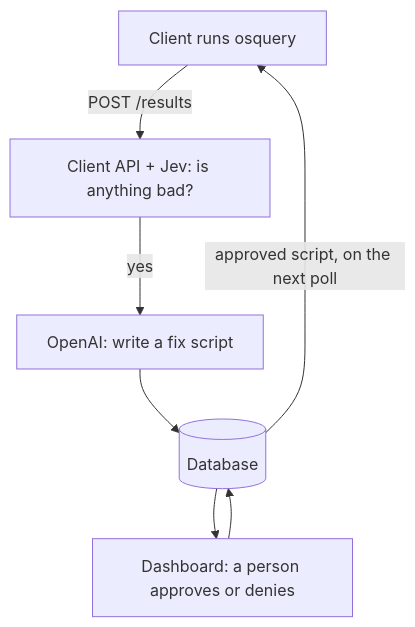
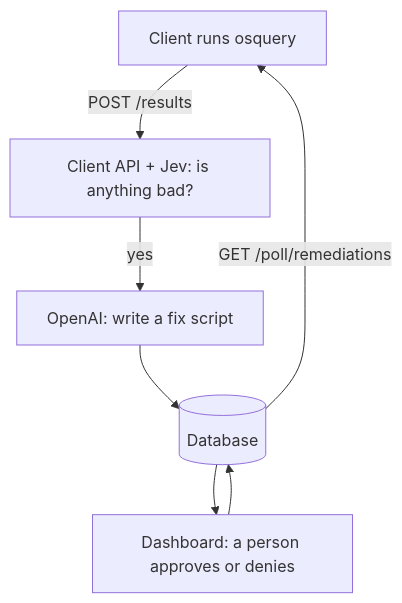
One commit to arsabolsky/Boombox changed the diagram in docs/README.md. Above: the diagram before and after it, drawn with Mermaid. The commit also changed other lines of this file and 28 other files, not shown here.

````diff
--- a/docs/README.md
+++ b/docs/README.md
@@ -3,9 +3,9 @@
 ```mermaid
 flowchart TD
     A[Client runs osquery] -->|POST /results| B[Client API + Jev: is anything bad?]
     B -->|yes| C[OpenAI: write a fix script]
     C --> D[(Database)]
     D --> E[Dashboard: a person approves or denies]
     E --> D
-    D -->|approved script, on the next poll| A
+    D -->|GET /poll/remediations| A
 ```
````
